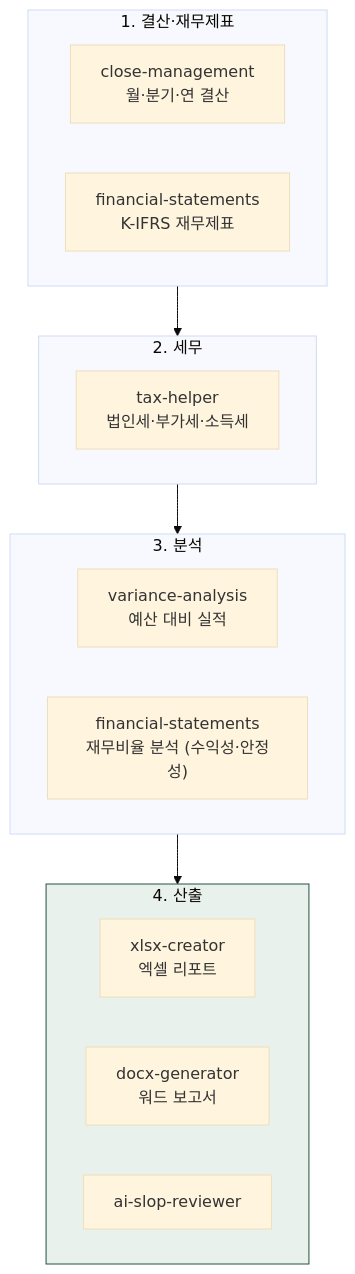
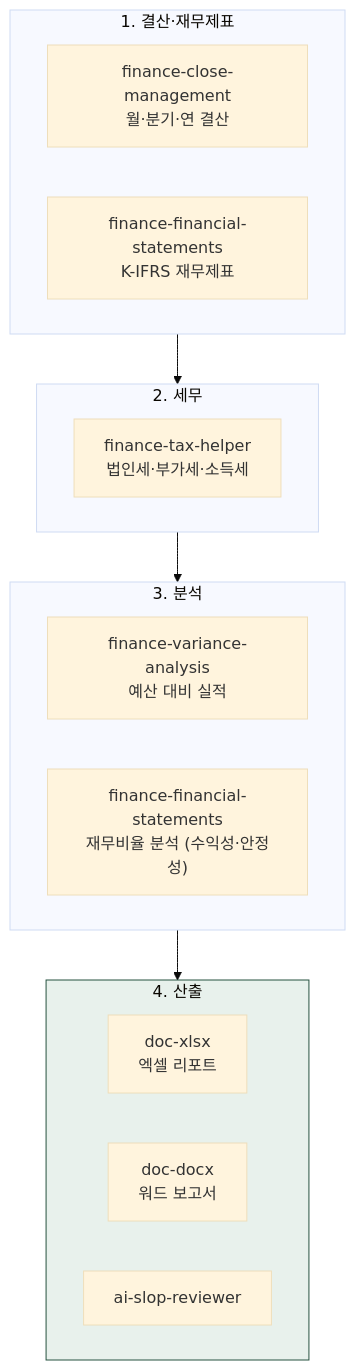
Before and after one commit to modu-ai/cowork-plugins: the first of 2 diagrams in www/content/cookbook/tracks/track-finance.md, drawn with Mermaid (base theme). The commit also changed other lines of this file and 45 other files, not shown here.

First line of the commit message:
docs(www): 스킬명 정합 + 깨진 링크 수정 + mermaid 보강

````diff
--- a/www/content/cookbook/tracks/track-finance.md
+++ b/www/content/cookbook/tracks/track-finance.md
@@ -16,21 +16,21 @@
 ```mermaid
 flowchart TD
    subgraph 결산["1. 결산·재무제표"]
-       A1["close-management<br/>월·분기·연 결산"]
-       A2["financial-statements<br/>K-IFRS 재무제표"]
+       A1["finance-close-management<br/>월·분기·연 결산"]
+       A2["finance-financial-statements<br/>K-IFRS 재무제표"]
    end
    subgraph 세무["2. 세무"]
-       B1["tax-helper<br/>법인세·부가세·소득세"]
+       B1["finance-tax-helper<br/>법인세·부가세·소득세"]
    end
    subgraph 분석["3. 분석"]
-       C1["variance-analysis<br/>예산 대비 실적"]
-       C2["financial-statements<br/>재무비율 분석 (수익성·안정성)"]
+       C1["finance-variance-analysis<br/>예산 대비 실적"]
+       C2["finance-financial-statements<br/>재무비율 분석 (수익성·안정성)"]
    end
    subgraph 산출["4. 산출"]
-       D1["xlsx-creator<br/>엑셀 리포트"]
-       D2["docx-generator<br/>워드 보고서"]
+       D1["doc-xlsx<br/>엑셀 리포트"]
+       D2["doc-docx<br/>워드 보고서"]
        D3["ai-slop-reviewer"]
    end
    결산 --> 세무 --> 분석 --> 산출
    style 산출 fill:#e8f1ec,stroke:#265240
 ```
````
